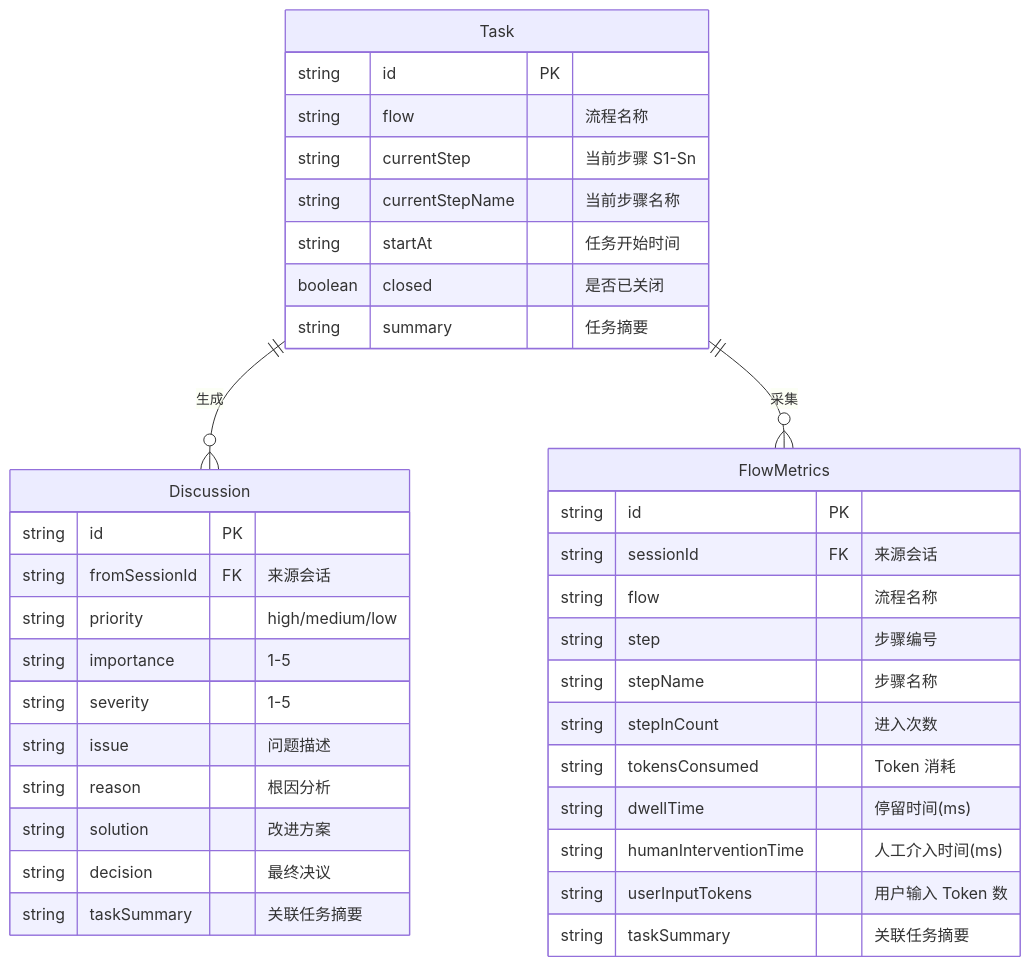
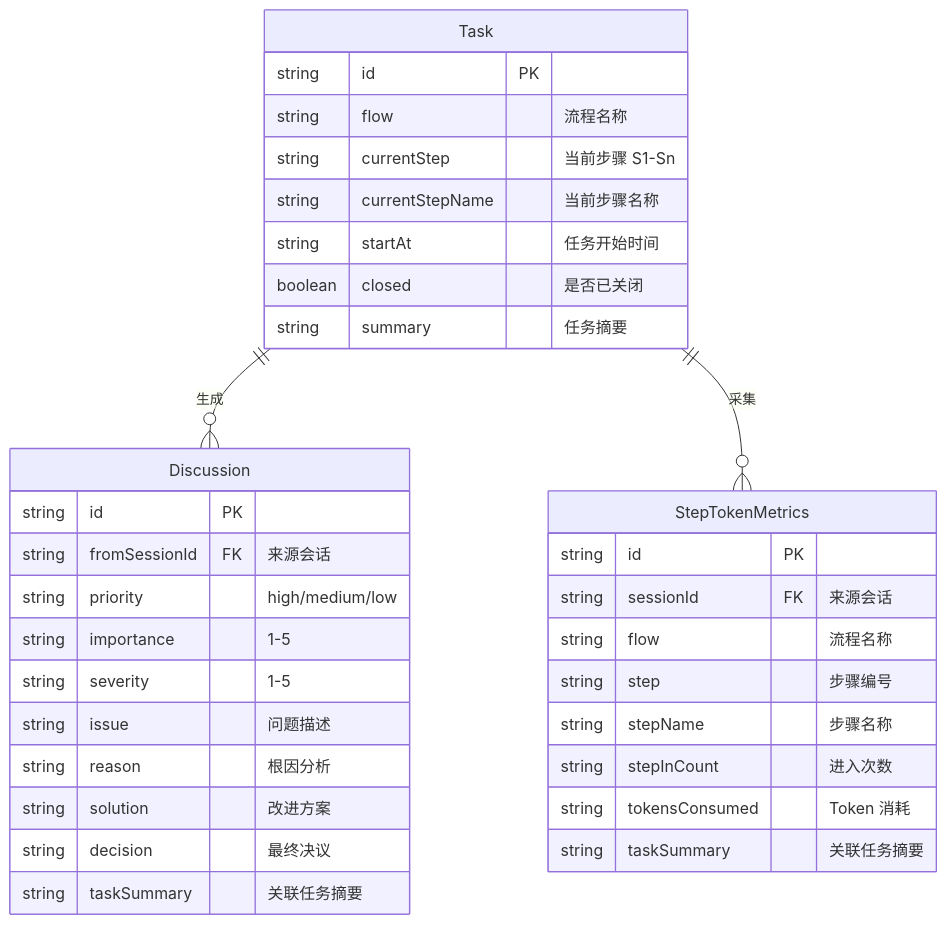
One commit to hank-cp/opencode-vibe-pm changed the first of 2 diagrams in docs/spec/vibe-pm-memory-system.md. Above: the diagram before and after it, drawn with Mermaid. The commit also changed other lines of this file and 14 other files, not shown here.

First line of the commit message:
refactor: remove dwellTime/humanInterventionTime/userInputTokens from StepTokenMetrics

````diff
--- a/docs/spec/vibe-pm-memory-system.md
+++ b/docs/spec/vibe-pm-memory-system.md
@@ -20,42 +20,39 @@
 ```mermaid
 erDiagram
     Task {
         string id PK
         string flow "流程名称"
         string currentStep "当前步骤 S1-Sn"
         string currentStepName "当前步骤名称"
         string startAt "任务开始时间"
         boolean closed "是否已关闭"
         string summary "任务摘要"
     }
 
     Discussion {
         string id PK
         string fromSessionId FK "来源会话"
         string priority "high/medium/low"
         string importance "1-5"
         string severity "1-5"
         string issue "问题描述"
         string reason "根因分析"
         string solution "改进方案"
         string decision "最终决议"
         string taskSummary "关联任务摘要"
     }
 
-    FlowMetrics {
+    StepTokenMetrics {
         string id PK
         string sessionId FK "来源会话"
         string flow "流程名称"
         string step "步骤编号"
         string stepName "步骤名称"
         string stepInCount "进入次数"
         string tokensConsumed "Token 消耗"
-        string dwellTime "停留时间(ms)"
-        string humanInterventionTime "人工介入时间(ms)"
-        string userInputTokens "用户输入 Token 数"
         string taskSummary "关联任务摘要"
     }
 
     Task ||--o{ Discussion : "生成"
-    Task ||--o{ FlowMetrics : "采集"
+    Task ||--o{ StepTokenMetrics : "采集"
 ```
````
